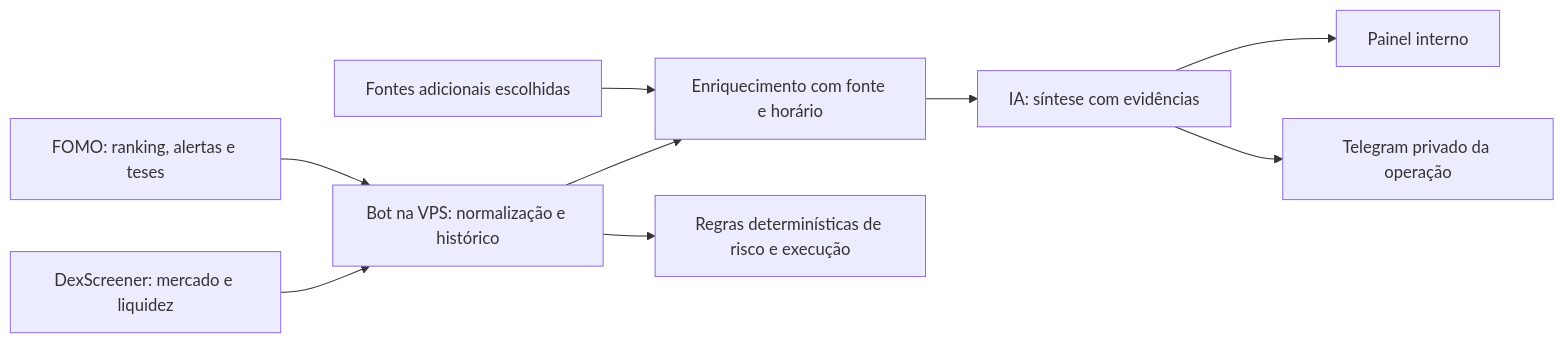
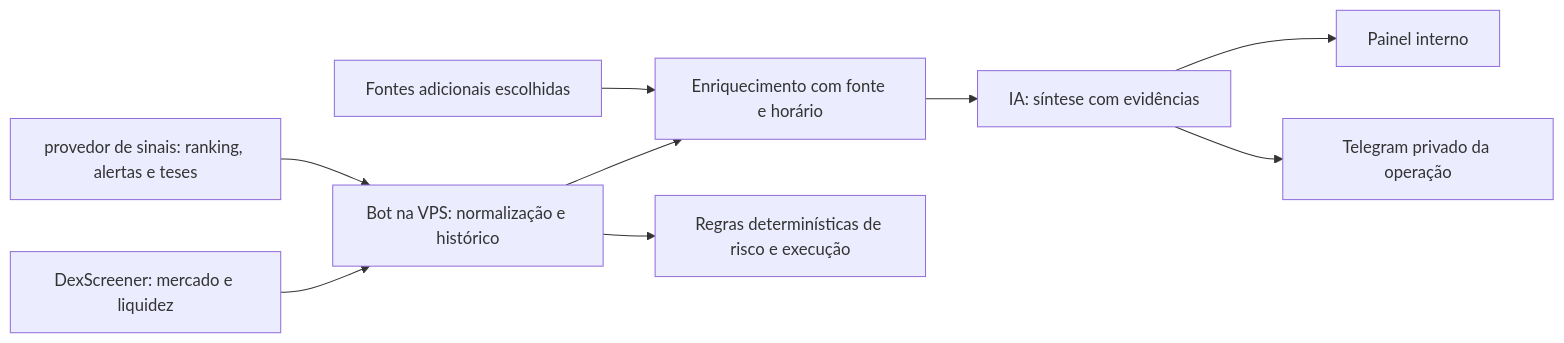
Before and after one commit to th1agx/MNEME: the diagram in docs/inteligencia-e-busca.md, drawn with Mermaid. The commit also changed other lines of this file and 2 other files, not shown here.

````diff
--- a/docs/inteligencia-e-busca.md
+++ b/docs/inteligencia-e-busca.md
@@ -73,11 +73,11 @@
 ```mermaid
 flowchart LR
-    F[FOMO: ranking, alertas e teses] --> B[Bot na VPS: normalização e histórico]
+    F[provedor de sinais: ranking, alertas e teses] --> B[Bot na VPS: normalização e histórico]
     D[DexScreener: mercado e liquidez] --> B
     S[Fontes adicionais escolhidas] --> E[Enriquecimento com fonte e horário]
     B --> E
     E --> A[IA: síntese com evidências]
     A --> P[Painel interno]
     A --> T[Telegram privado da operação]
     B --> R[Regras determinísticas de risco e execução]
 ```
````
